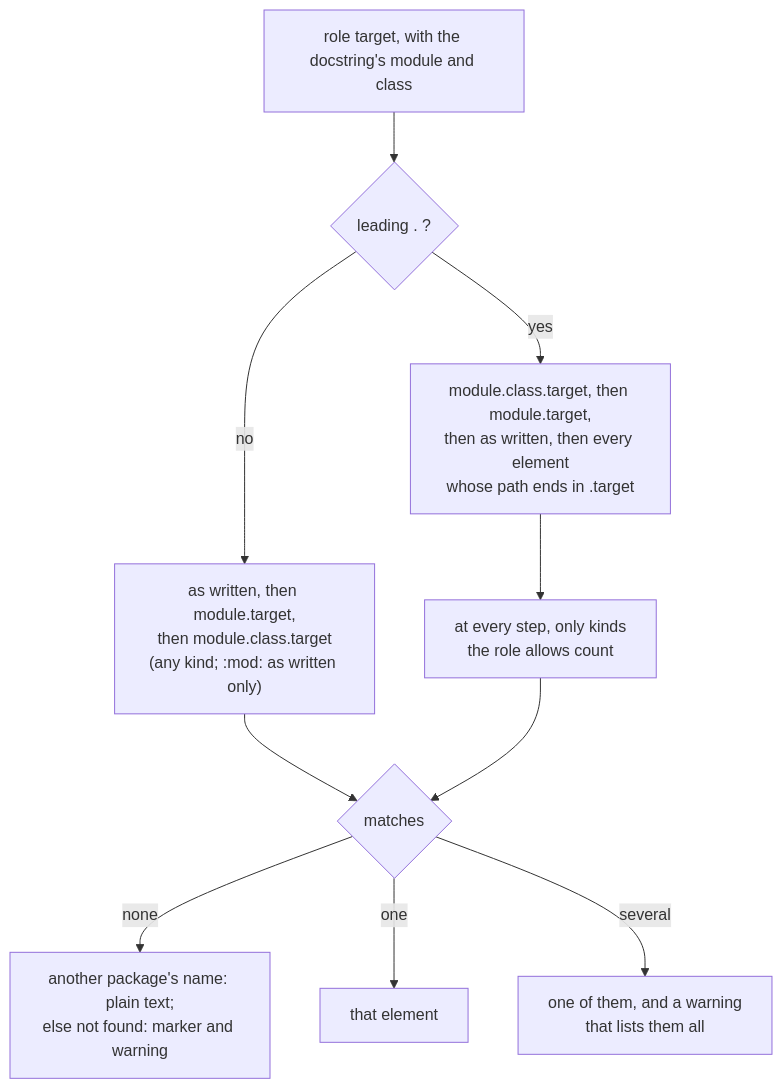
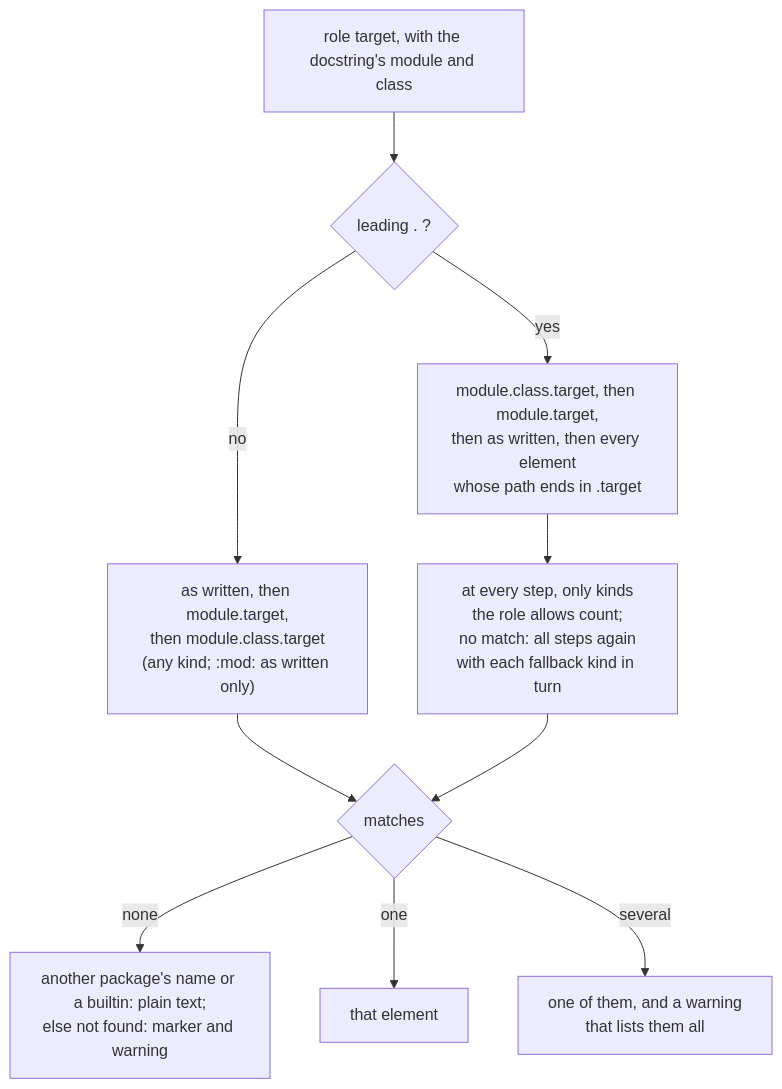
Before and after one commit to imposeren/docspecsite: the second of 2 diagrams in docs/architecture/docs-tooling.md, drawn with Mermaid. The commit also changed other lines of this file and 4 other files, not shown here.

Commit message:
spec: builtins stay plain in roles; tighten the role lookup wording

````diff
--- a/docs/architecture/docs-tooling.md
+++ b/docs/architecture/docs-tooling.md
@@ -296,12 +295,12 @@
 ```mermaid
 flowchart TD
   target["role target, with the docstring's module and class"] --> dot{"leading . ?"}
   dot -- no --> plain["as written, then module.target,<br/>then module.class.target<br/>(any kind; :mod: as written only)"]
   dot -- yes --> steps["module.class.target, then module.target,<br/>then as written, then every element<br/>whose path ends in .target"]
-  steps --> kind["at every step, only kinds<br/>the role allows count"]
+  steps --> kind["at every step, only kinds<br/>the role allows count;<br/>no match: all steps again<br/>with each fallback kind in turn"]
   plain --> found{"matches"}
   kind --> found
-  found -- none --> none["another package's name: plain text;<br/>else not found: marker and warning"]
+  found -- none --> none["another package's name or a builtin: plain text;<br/>else not found: marker and warning"]
   found -- one --> one["that element"]
   found -- several --> several["one of them, and a warning<br/>that lists them all"]
 ```
````
